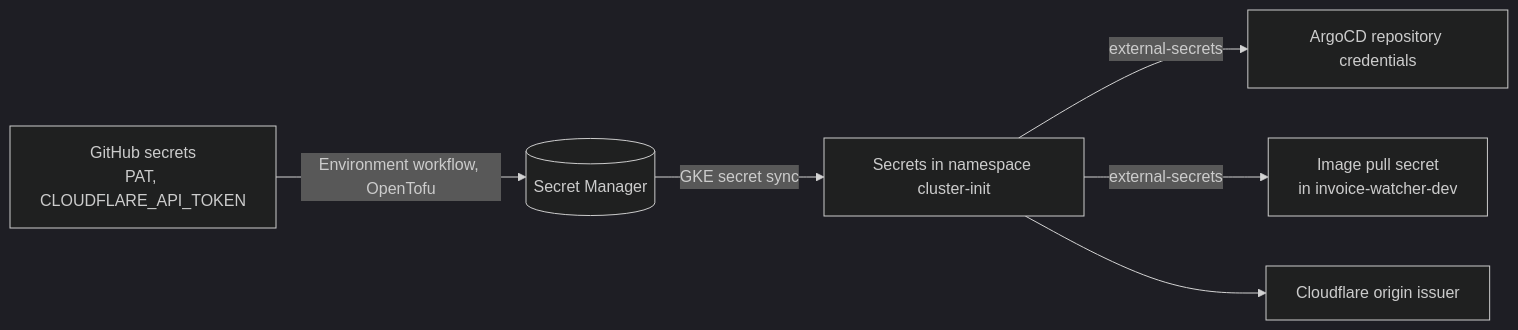
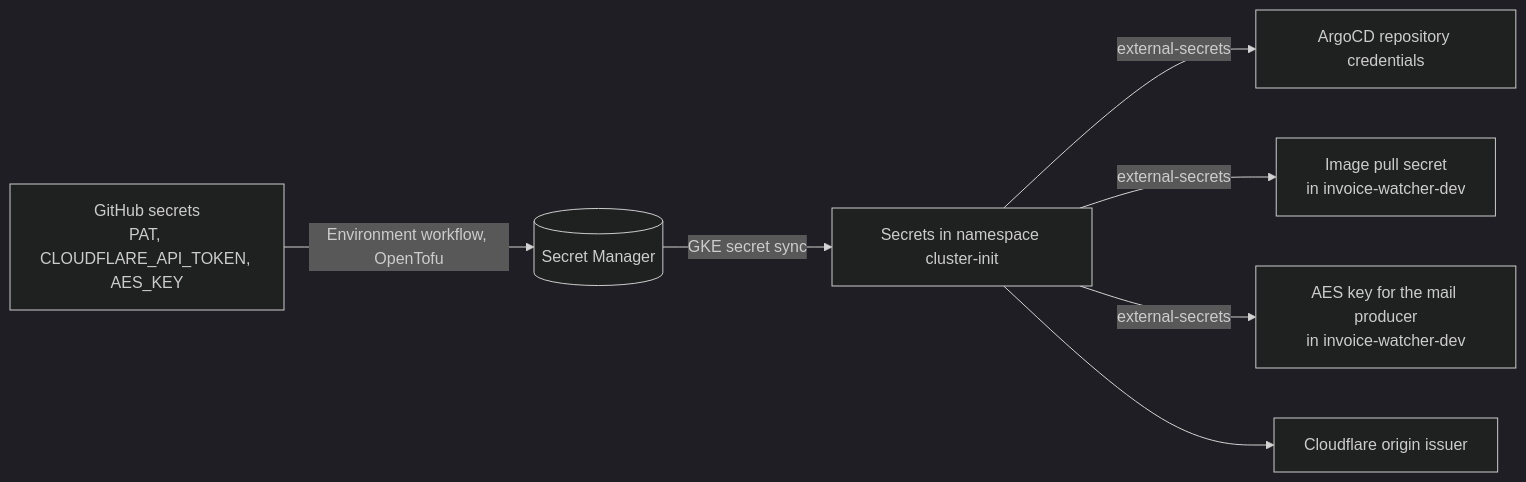
One commit to Guslarz/invoice-watcher changed the second of 3 diagrams in docs/system/architecture.md. Above: the diagram before and after it, drawn with Mermaid (dark theme). The commit also changed other lines of this file and 17 other files, not shown here.

First line of the commit message:
Deliver the AES key from Secret Manager

````diff
--- a/docs/system/architecture.md
+++ b/docs/system/architecture.md
@@ -67,8 +67,9 @@
 ```mermaid
 flowchart LR
-  ghs[GitHub secrets<br/>PAT, CLOUDFLARE_API_TOKEN] -->|Environment workflow, OpenTofu| sm[(Secret Manager)]
+  ghs[GitHub secrets<br/>PAT, CLOUDFLARE_API_TOKEN, AES_KEY] -->|Environment workflow, OpenTofu| sm[(Secret Manager)]
   sm -->|GKE secret sync| ci[Secrets in namespace cluster-init]
   ci -->|external-secrets| repo[ArgoCD repository credentials]
   ci -->|external-secrets| pull[Image pull secret<br/>in invoice-watcher-dev]
+  ci -->|external-secrets| aes[AES key for the mail producer<br/>in invoice-watcher-dev]
   ci --> cert[Cloudflare origin issuer]
 ```
````
